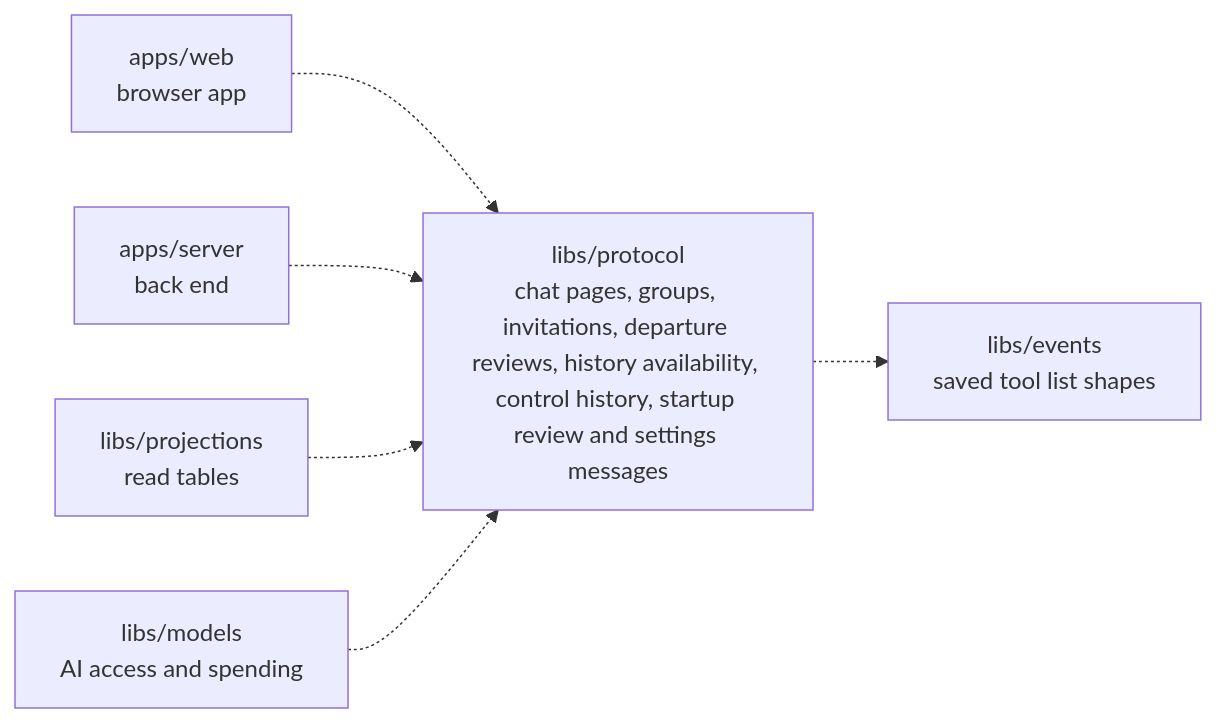
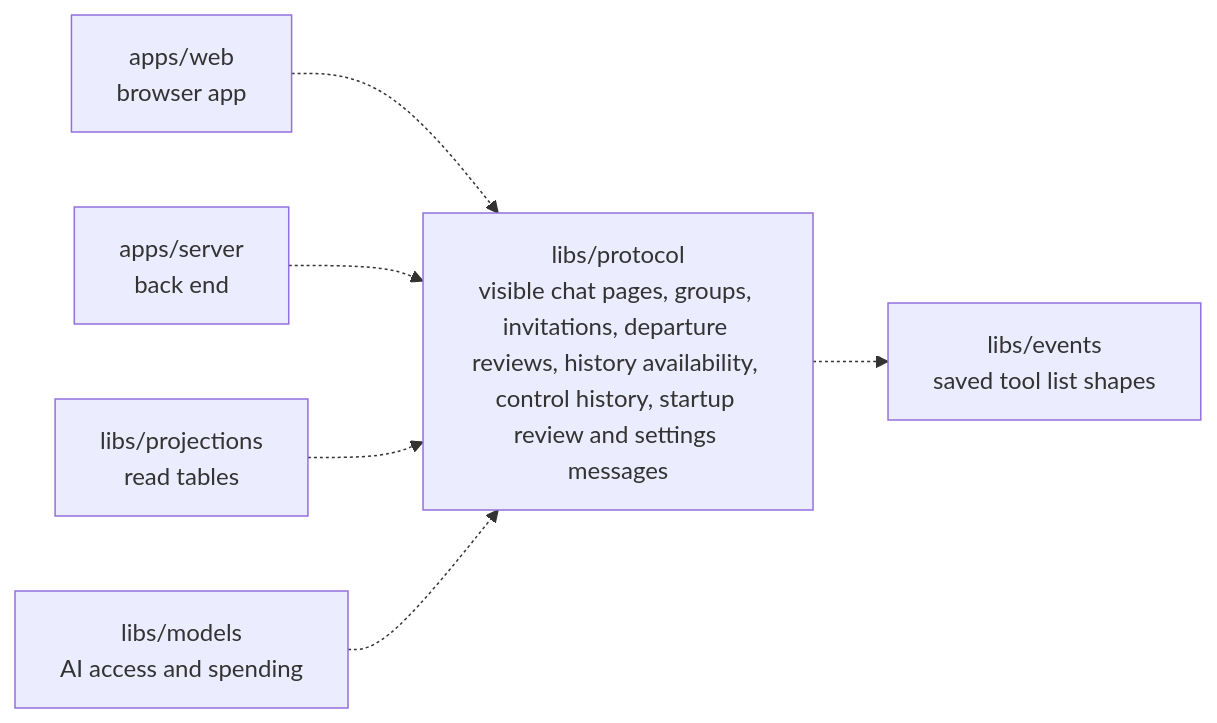
One commit to elewa-git/opencrane-new changed the diagram in libs/protocol/README.md. Above: the diagram before and after it, drawn with Mermaid. The commit also changed other lines of this file and 12 other files, not shown here.

Commit message:
🔒 Keep conversation pages within each person’s visible history

````diff
--- a/libs/protocol/README.md
+++ b/libs/protocol/README.md
@@ -11,8 +11,8 @@
 ```mermaid
 flowchart LR
-  web["apps/web<br/>browser app"] -.-> protocol["libs/protocol<br/>chat pages, groups, invitations, departure reviews, history availability, control history, startup review and settings messages"]
+  web["apps/web<br/>browser app"] -.-> protocol["libs/protocol<br/>visible chat pages, groups, invitations, departure reviews, history availability, control history, startup review and settings messages"]
   server["apps/server<br/>back end"] -.-> protocol
   projections["libs/projections<br/>read tables"] -.-> protocol
   models["libs/models<br/>AI access and spending"] -.-> protocol
   protocol -.-> events["libs/events<br/>saved tool list shapes"]
 ```
````
